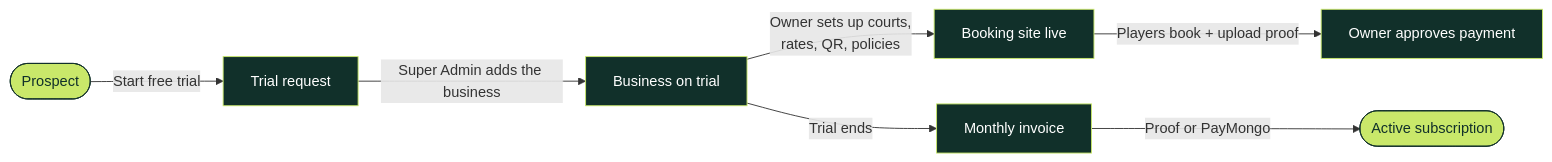
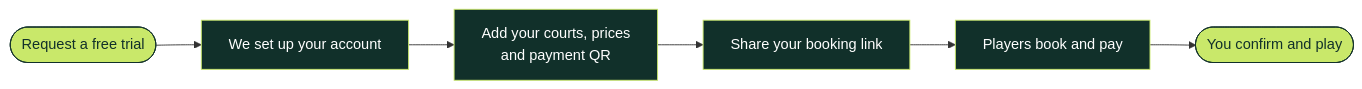
The diagram in README.md (aspangcatan/dinkvera), drawn with Mermaid before and after one commit. The commit also changed other lines of this file and 2 other files, not shown here.

````diff
--- a/README.md
+++ b/README.md
@@ -106,14 +96,13 @@
 ```mermaid
 flowchart LR
-    A([Prospect]) -->|Start free trial| B[Trial request]
-    B -->|Super Admin adds the business| C[Business on trial]
-    C -->|Owner sets up courts,<br/>rates, QR, policies| D[Booking site live]
-    D -->|Players book + upload proof| E[Owner approves payment]
-    C -->|Trial ends| F[Monthly invoice]
-    F -->|Proof or PayMongo| G([Active subscription])
+    A([Request a free trial]) --> B[We set up your account]
+    B --> C[Add your courts, prices<br/>and payment QR]
+    C --> D[Share your booking link]
+    D --> E[Players book and pay]
+    E --> F([You confirm and play])
 
     classDef brand fill:#11302a,stroke:#c9e86a,color:#ffffff
     classDef lime fill:#c9e86a,stroke:#11302a,color:#11302a
-    class A,G lime
-    class B,C,D,E,F brand
+    class A,F lime
+    class B,C,D,E brand
 ```
````
